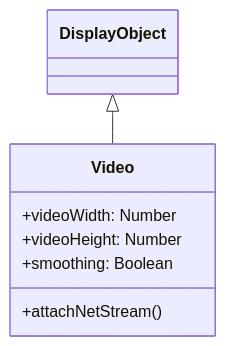
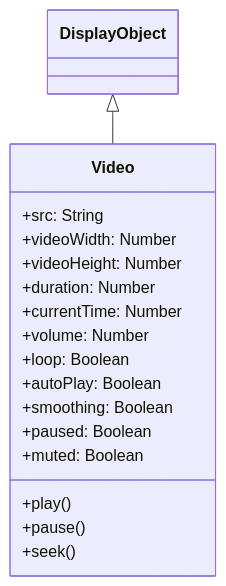
One commit to Next2D/player changed the diagram in specs/ja/video.md. Above: the diagram before and after it, drawn with Mermaid. The commit also changed other lines of this file and 27 other files, not shown here.

````diff
--- a/specs/ja/video.md
+++ b/specs/ja/video.md
@@ -7,11 +7,21 @@
 ```mermaid
 classDiagram
     DisplayObject <|-- Video
 
     class Video {
+        +src: String
         +videoWidth: Number
         +videoHeight: Number
+        +duration: Number
+        +currentTime: Number
+        +volume: Number
+        +loop: Boolean
+        +autoPlay: Boolean
         +smoothing: Boolean
-        +attachNetStream()
+        +paused: Boolean
+        +muted: Boolean
+        +play()
+        +pause()
+        +seek()
     }
 ```
````
